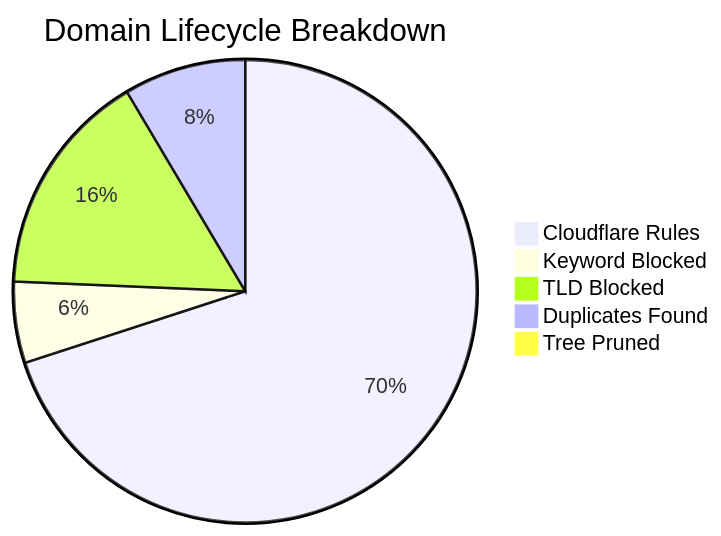
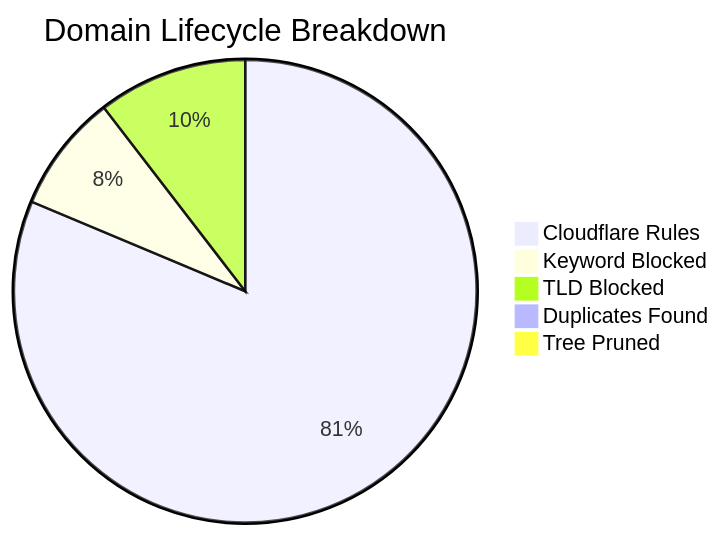
One commit to brojangles24/Cloudflare-ZeroTrust-AdBlock changed the diagram in README_STATS.md. Above: the diagram before and after it, drawn with Mermaid. The commit also changed other lines of this file and 1 other file, not shown here.

````diff
--- a/README_STATS.md
+++ b/README_STATS.md
@@ -5,8 +5,8 @@
 ```mermaid
 pie title Domain Lifecycle Breakdown
-    "Cloudflare Rules" : 344046
-    "Keyword Blocked" : 27899
-    "TLD Blocked" : 77671
-    "Duplicates Found" : 41893
-    "Tree Pruned" : 1437
+    "Cloudflare Rules" : 273021
+    "Keyword Blocked" : 27676
+    "TLD Blocked" : 35064
+    "Duplicates Found" : 978
+    "Tree Pruned" : 1010
 ```
````
